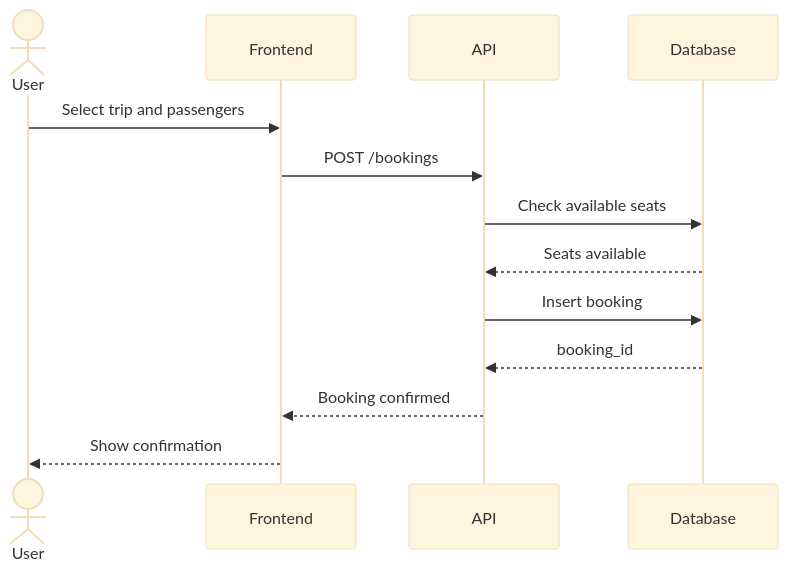
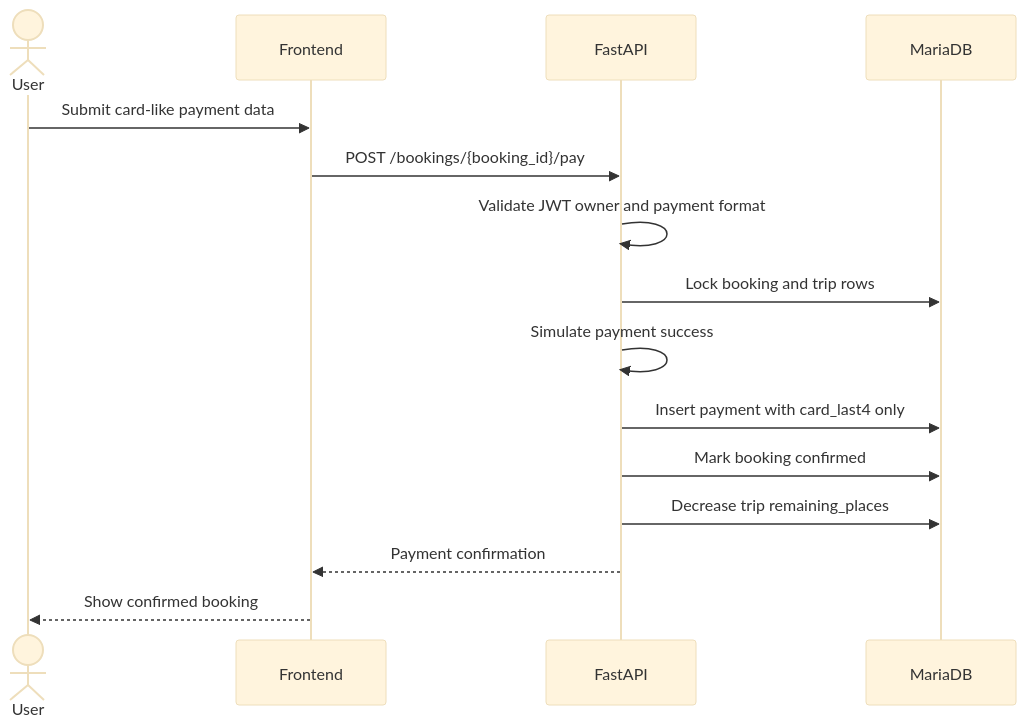
The third of 5 diagrams in doc/sequence-diagrams.md (wbt2526/team-7), drawn with Mermaid (base theme) before and after one commit. The commit also changed other lines of this file and 15 other files, not shown here.

````diff
--- a/doc/sequence-diagrams.md
+++ b/doc/sequence-diagrams.md
@@ -43,16 +53,18 @@
 ```mermaid
 sequenceDiagram
-actor User
-participant Frontend
-participant API
-participant DB as Database
+    actor User
+    participant Frontend
+    participant API as FastAPI
+    participant DB as MariaDB
 
-User->>Frontend: Select trip and passengers
-Frontend->>API: POST /bookings
-API->>DB: Check available seats
-DB-->>API: Seats available
-API->>DB: Insert booking
-DB-->>API: booking_id
-API-->>Frontend: Booking confirmed
-Frontend-->>User: Show confirmation
+    User->>Frontend: Submit card-like payment data
+    Frontend->>API: POST /bookings/{booking_id}/pay
+    API->>API: Validate JWT owner and payment format
+    API->>DB: Lock booking and trip rows
+    API->>API: Simulate payment success
+    API->>DB: Insert payment with card_last4 only
+    API->>DB: Mark booking confirmed
+    API->>DB: Decrease trip remaining_places
+    API-->>Frontend: Payment confirmation
+    Frontend-->>User: Show confirmed booking
 ```
````
